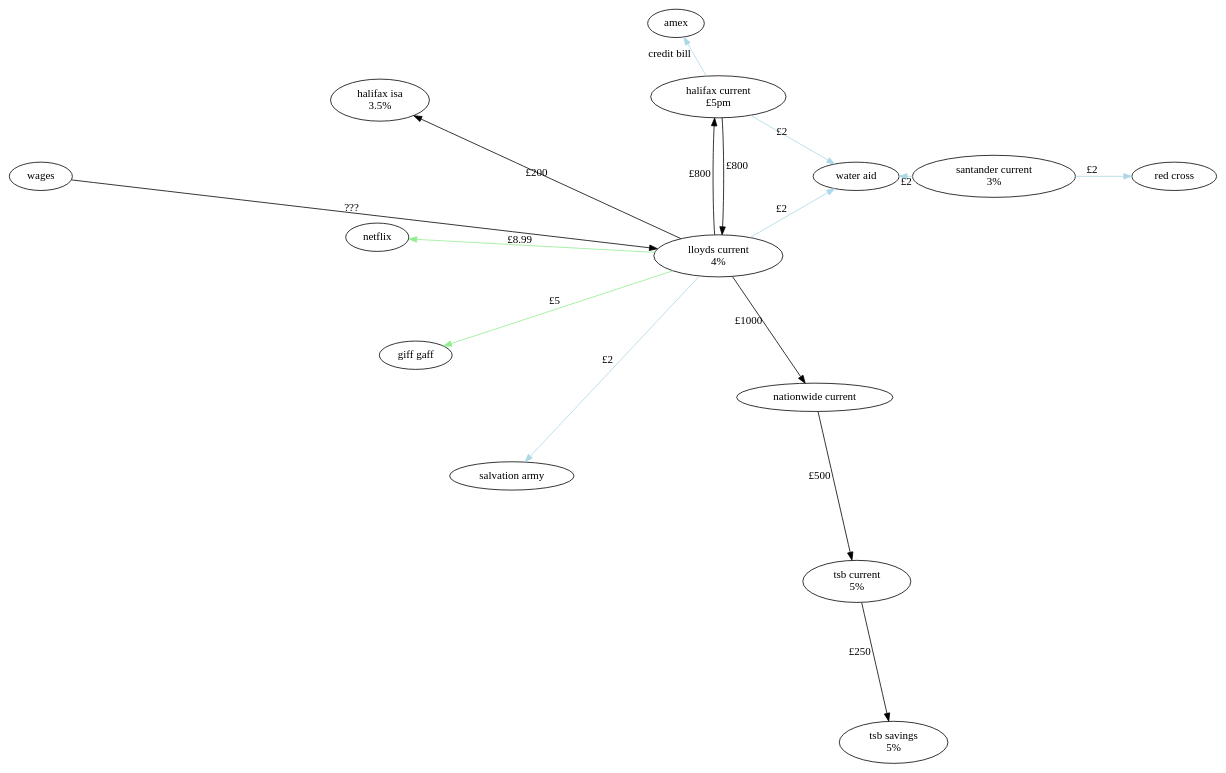
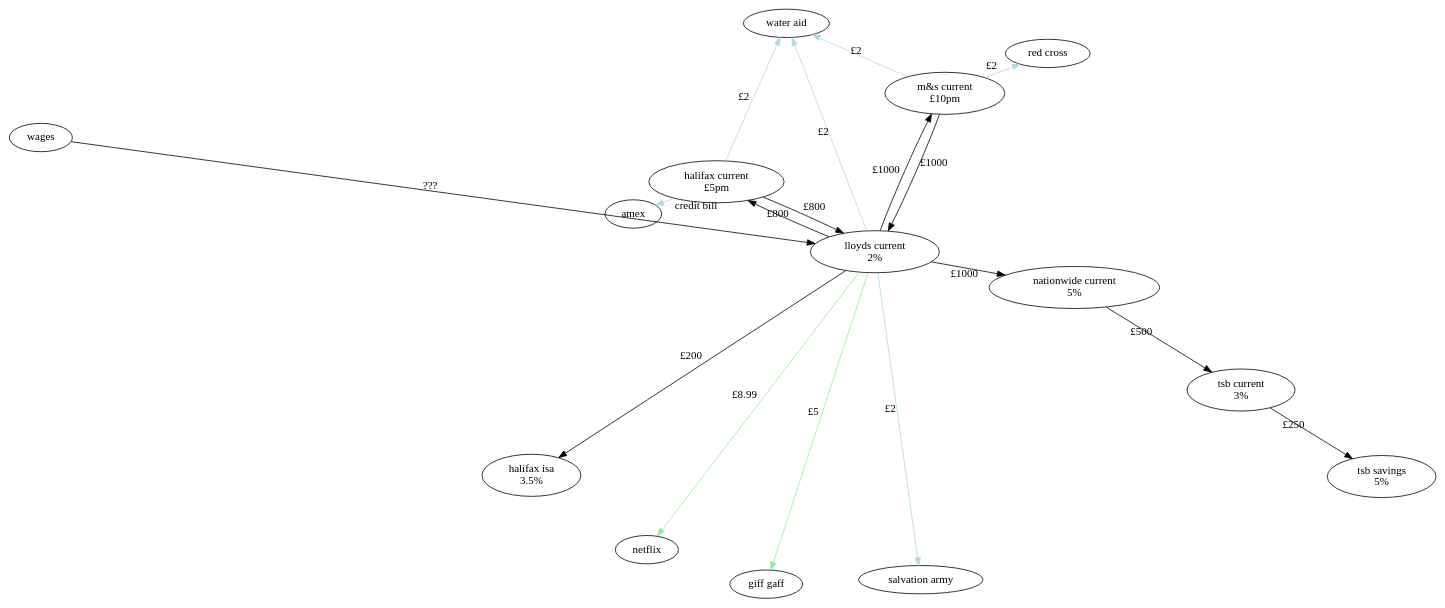
Before and after one commit to jsdelivrbot/bank-flow: the diagram in diagram.dot, drawn with Graphviz. The commit also changed 1 other file, not shown here.

```diff
--- a/diagram.dot
+++ b/diagram.dot
@@ -1,34 +1,36 @@
 digraph "bank-flow" {
   layout = circo
 
   wages [width="1"];
-  lloydsCurrent [label="lloyds current\n4%"];
-  tsbCurrent [label="tsb current\n5%"];
+  lloydsCurrent [label="lloyds current\n2%"];
+  tsbCurrent [label="tsb current\n3%"];
   tsbSavings [label="tsb savings\n5%"];
   halifaxCurrent [label="halifax current\n£5pm"];
   halifaxIsa [label="halifax isa\n3.5%"];
   netflix;
   giffGaff [label="giff gaff"];
-  santander [label="santander current\n3%"];
+  mAndS [label="m&s current\n£10pm"];
   salvationArmy [label="salvation army"];
   waterAid [label="water aid"];
   amex;
   redCross [label="red cross"];
-  nationwideCurrent [label="nationwide current"];
+  nationwideCurrent [label="nationwide current\n5%"];
 
-  santander -> waterAid [color="lightblue", label="£2"];
-  santander -> redCross [color="lightblue", label="£2"];
+  mAndS -> waterAid [color="lightblue", label="£2"];
+  mAndS -> redCross [color="lightblue", label="£2"];
   wages -> lloydsCurrent [label="???"];
   lloydsCurrent -> netflix [color="lightgreen", label="£8.99"];
   lloydsCurrent -> giffGaff [color="lightgreen", label="£5"];
   lloydsCurrent -> salvationArmy [color="lightblue", label="£2"];
   lloydsCurrent -> waterAid [color="lightblue", label="£2"];
   lloydsCurrent -> halifaxCurrent [label="£800"];
   lloydsCurrent -> nationwideCurrent [label="£1000"];
+  lloydsCurrent -> mAndS [label="£1000"];
+  mAndS -> lloydsCurrent [label="£1000"];
   nationwideCurrent -> tsbCurrent [label="£500"];
   halifaxCurrent -> lloydsCurrent [label="£800"];
   lloydsCurrent -> halifaxIsa [label="£200"];
   tsbCurrent -> tsbSavings [label="£250"];
   halifaxCurrent -> waterAid [color="lightblue", label="£2"];
   halifaxCurrent -> amex [color="lightblue", label="credit bill"];
 }
```
